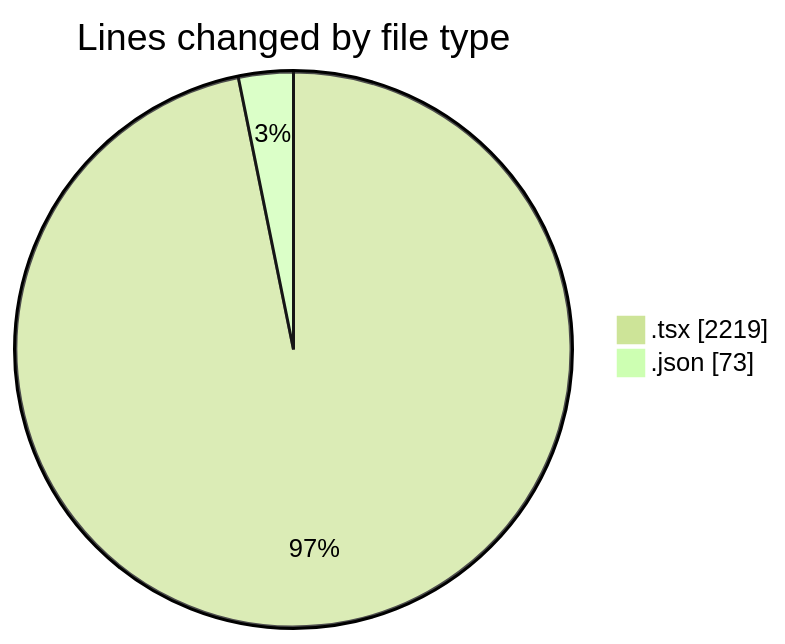
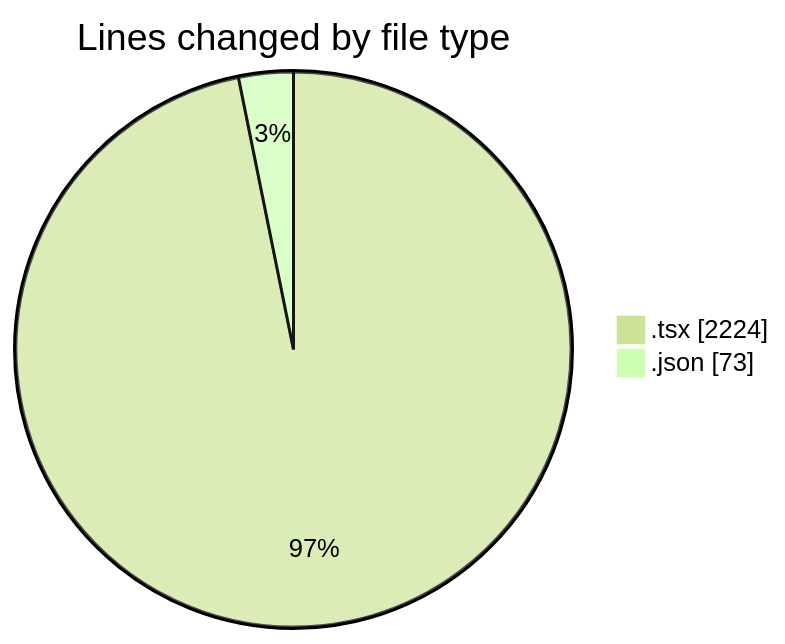
One commit to momahboobian/code-tracking changed the first of 2 diagrams in 2025-10-02/cda/README.md. Above: the diagram before and after it, drawn with Mermaid (forest theme). The commit also changed other lines of this file and 1 other file, not shown here.

````diff
--- a/2025-10-02/cda/README.md
+++ b/2025-10-02/cda/README.md
@@ -23,6 +23,6 @@
 ```mermaid
 pie showData
 title Lines changed by file type
-".tsx" : 2219
+".tsx" : 2224
 ".json" : 73
 ```
````
